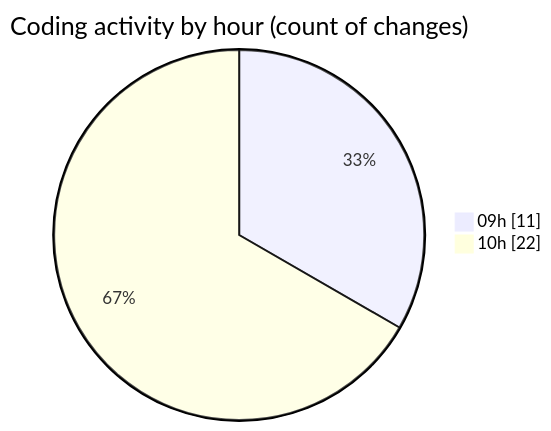
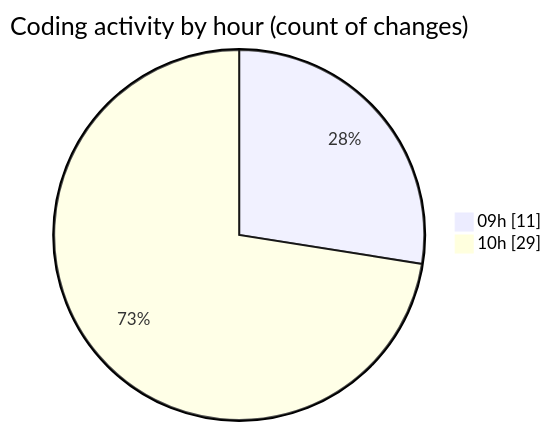
The second of 2 diagrams in 2025-06-24/cda/README.md (momahboobian/code-tracking), drawn with Mermaid before and after one commit. The commit also changed other lines of this file and 1 other file, not shown here.

````diff
--- a/2025-06-24/cda/README.md
+++ b/2025-06-24/cda/README.md
@@ -28,6 +28,6 @@
 ```mermaid
 pie showData
 title Coding activity by hour (count of changes)
 "09h" : 11
-"10h" : 22
+"10h" : 29
 ```
````
